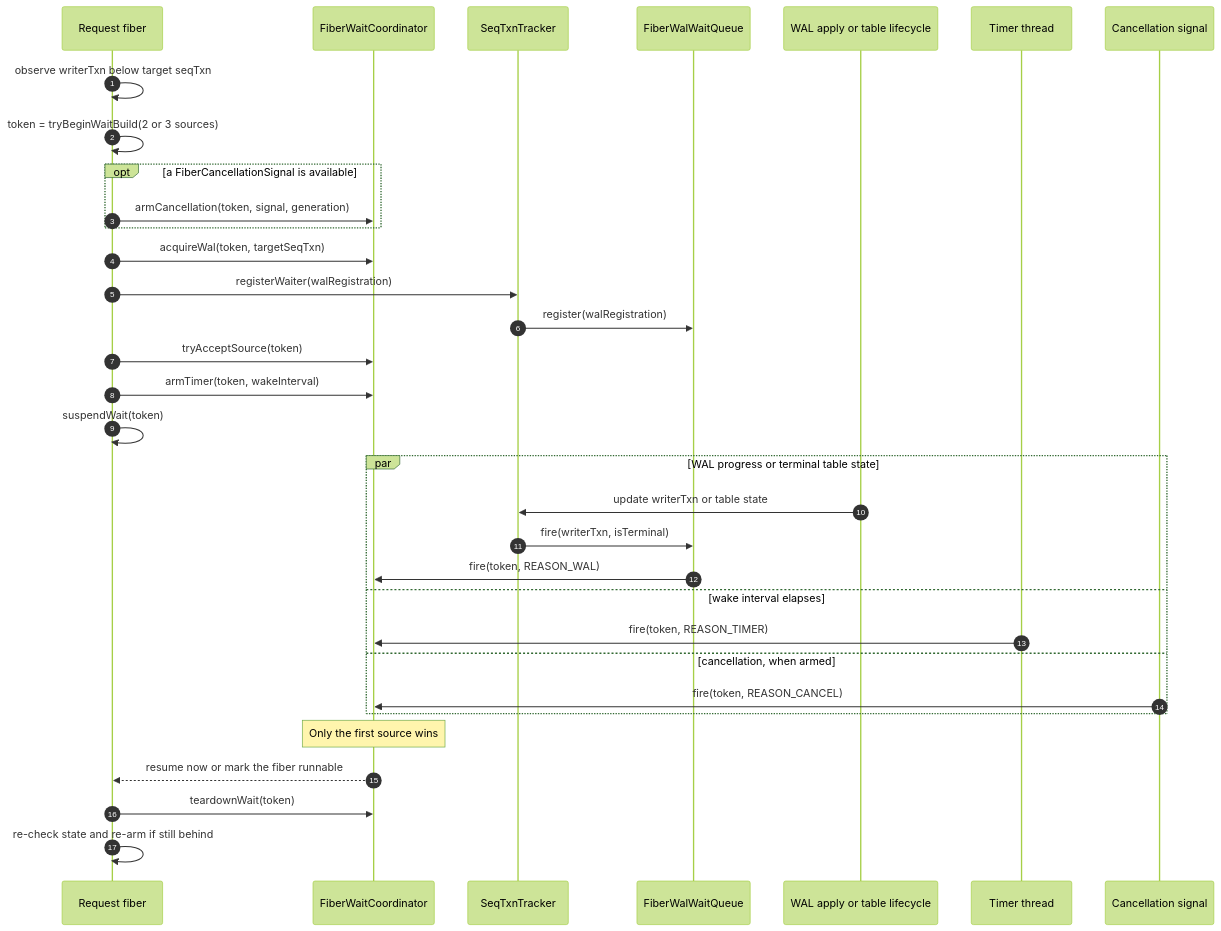
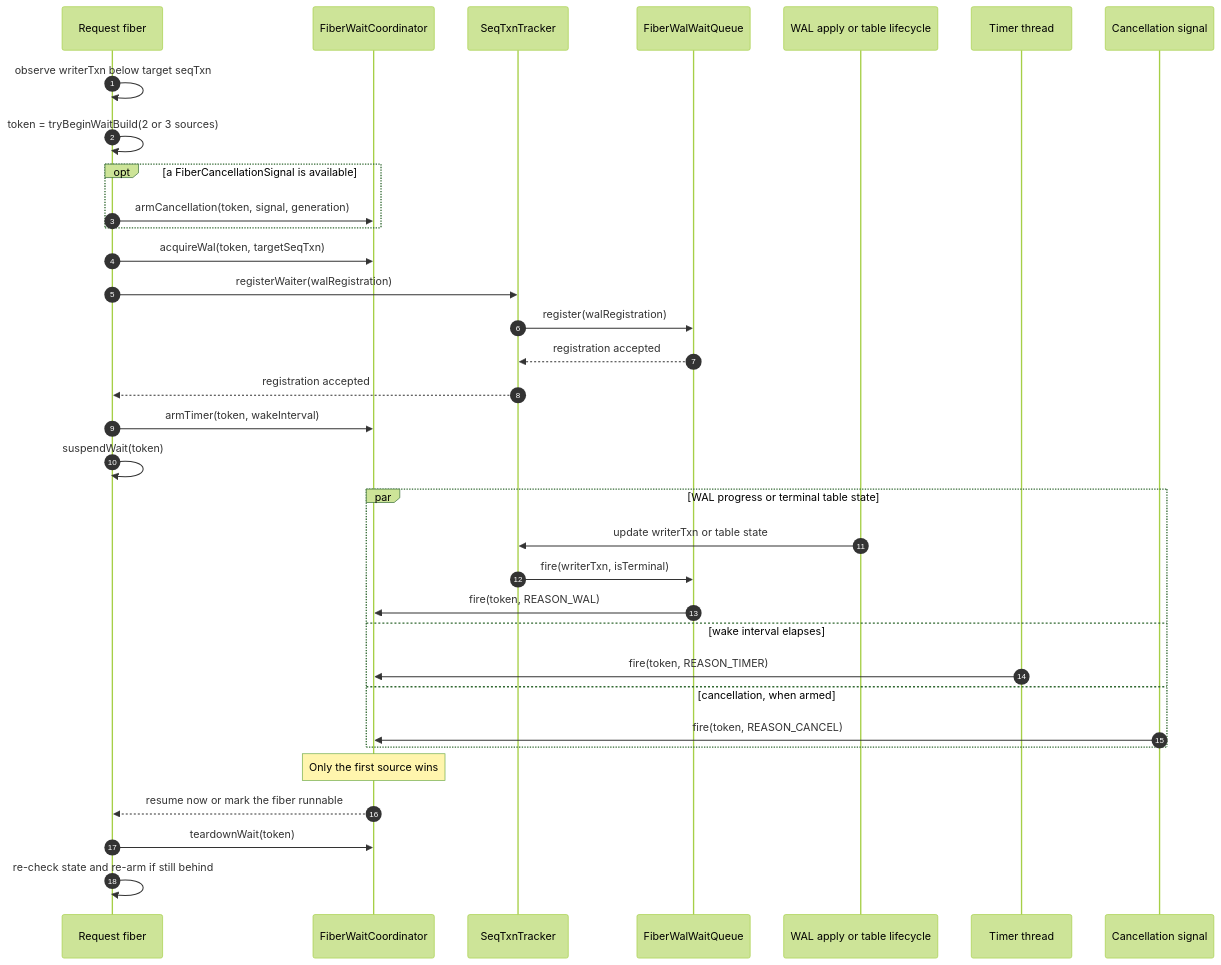
The second of 4 diagrams in core/src/main/java/io/questdb/mp/continuation/DELAY_HEAP.md (questdb/questdb), drawn with Mermaid (forest theme) before and after one commit. The commit also changed other lines of this file and 75 other files, not shown here.

````diff
--- a/core/src/main/java/io/questdb/mp/continuation/DELAY_HEAP.md
+++ b/core/src/main/java/io/questdb/mp/continuation/DELAY_HEAP.md
@@ -120,36 +120,37 @@
 ```mermaid
 sequenceDiagram
     autonumber
     participant F as Request fiber
     participant CO as FiberWaitCoordinator
     participant ST as SeqTxnTracker
     participant WQ as FiberWalWaitQueue
     participant WA as WAL apply or table lifecycle
     participant TT as Timer thread
     participant CS as Cancellation signal
 
     F->>F: observe writerTxn below target seqTxn
     F->>F: token = tryBeginWaitBuild(2 or 3 sources)
     opt a FiberCancellationSignal is available
         F->>CO: armCancellation(token, signal, generation)
     end
     F->>CO: acquireWal(token, targetSeqTxn)
     F->>ST: registerWaiter(walRegistration)
     ST->>WQ: register(walRegistration)
-    F->>CO: tryAcceptSource(token)
+    WQ-->>ST: registration accepted
+    ST-->>F: registration accepted
     F->>CO: armTimer(token, wakeInterval)
     F->>F: suspendWait(token)
     par WAL progress or terminal table state
         WA->>ST: update writerTxn or table state
         ST->>WQ: fire(writerTxn, isTerminal)
         WQ->>CO: fire(token, REASON_WAL)
     and wake interval elapses
         TT->>CO: fire(token, REASON_TIMER)
     and cancellation, when armed
         CS->>CO: fire(token, REASON_CANCEL)
     end
     Note over CO: Only the first source wins
     CO-->>F: resume now or mark the fiber runnable
     F->>CO: teardownWait(token)
     F->>F: re-check state and re-arm if still behind
 ```
````
